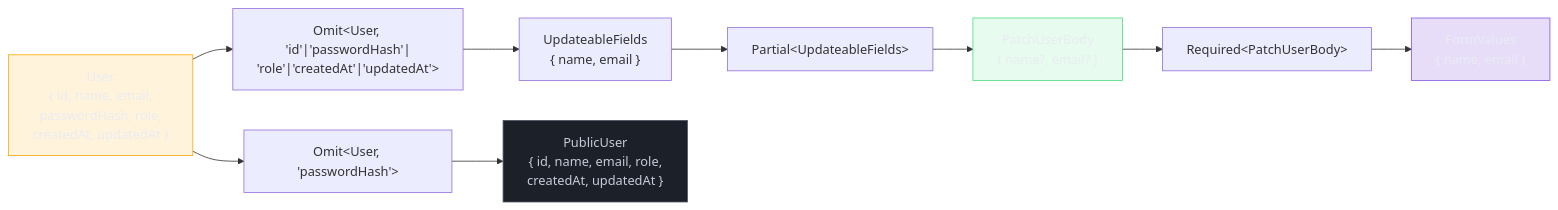
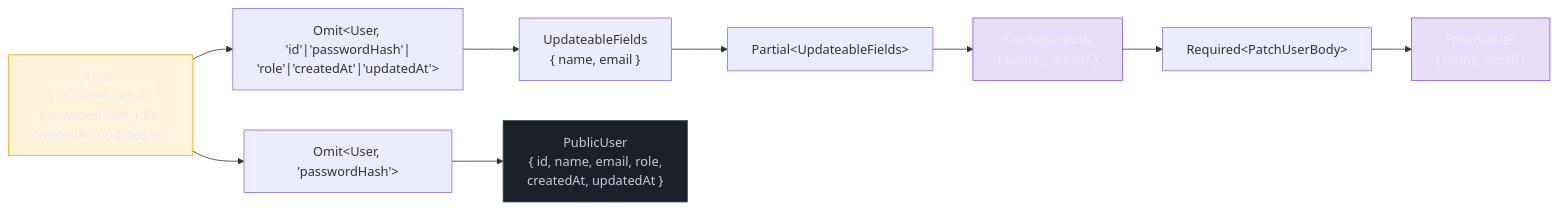
Before and after one commit to josenaldo/codex-technomanticus: the sixth of 6 diagrams in 03-Dominios/Tecnologia/TypeScript/18 - Utility types - e como reconstruí-los.md, drawn with Mermaid. The commit also changed other lines of this file and 601 other files, not shown here.

````diff
--- a/03-Dominios/Tecnologia/TypeScript/18 - Utility types - e como reconstruí-los.md
+++ b/03-Dominios/Tecnologia/TypeScript/18 - Utility types - e como reconstruí-los.md
@@ -616,29 +613,28 @@
 ```mermaid
 flowchart LR
     classDef destaque fill:#FFAA0024,stroke:#FFAA00,color:#E9ECF2
-    classDef ok fill:#4ADE8021,stroke:#4ADE80,color:#E9ECF2
     classDef neutro fill:#1B2029,stroke:#4E5666,color:#C6CCD8
     classDef marca fill:#8855DF33,stroke:#8855DF,color:#E9ECF2
     User["User\n{ id, name, email,\npasswordHash, role,\ncreatedAt, updatedAt }"]
 
     Omit1["Omit&lt;User, 'id'|'passwordHash'|\n'role'|'createdAt'|'updatedAt'&gt;"]
     UpdateableFields["UpdateableFields\n{ name, email }"]
 
     Partial1["Partial&lt;UpdateableFields&gt;"]
     PatchBody["PatchUserBody\n{ name?, email? }"]
 
     Omit2["Omit&lt;User, 'passwordHash'&gt;"]
     PublicUser["PublicUser\n{ id, name, email, role,\ncreatedAt, updatedAt }"]
 
     Required1["Required&lt;PatchUserBody&gt;"]
     FormValues["FormValues\n{ name, email }"]
 
     User --> Omit1 --> UpdateableFields --> Partial1 --> PatchBody
     User --> Omit2 --> PublicUser
     PatchBody --> Required1 --> FormValues
 
     class User destaque
-    class PatchBody ok
+    class PatchBody marca
     class PublicUser neutro
     class FormValues marca
 ```
````
